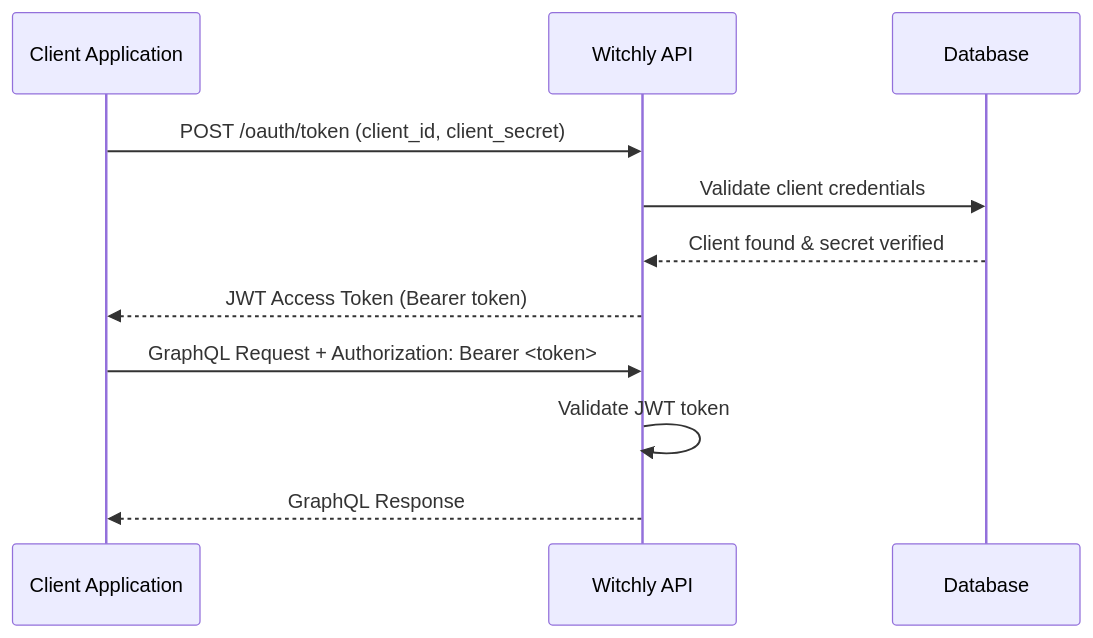
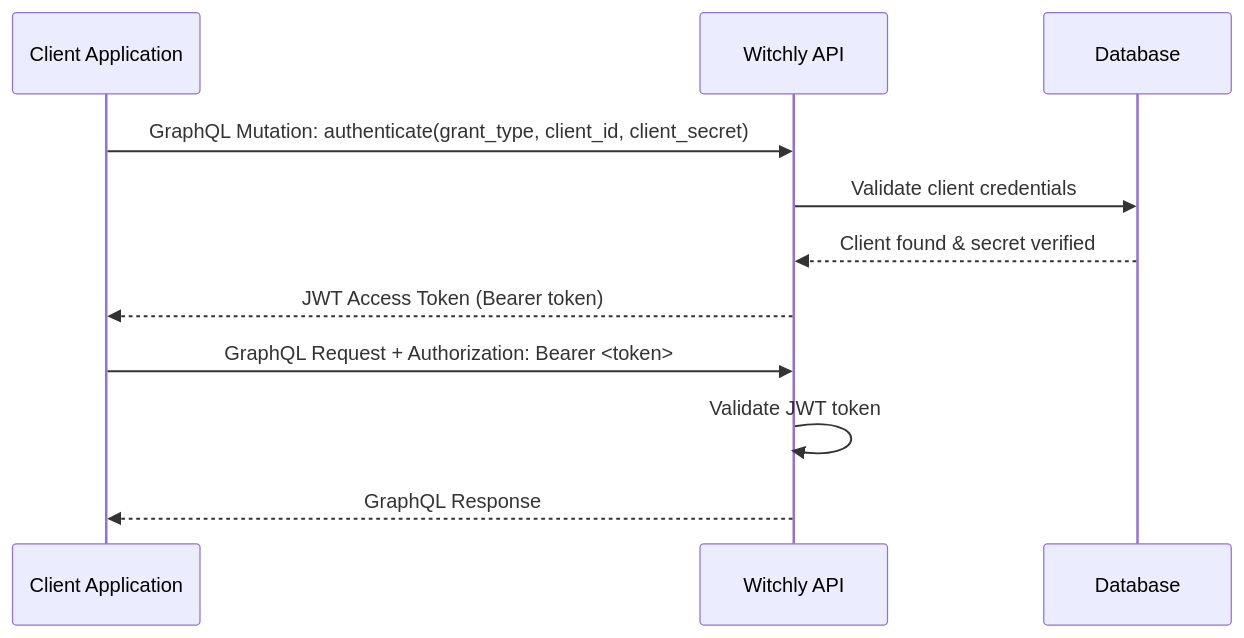
The diagram in README.md (rardoz/witchly-app-api), drawn with Mermaid before and after one commit. The commit also changed other lines of this file and 22 other files, not shown here.

Commit message:
move jwt to graphql, refactor code, cleanup code

````diff
--- a/README.md
+++ b/README.md
@@ -319,14 +379,14 @@
 ```mermaid
 sequenceDiagram
     participant App as Client Application
     participant API as Witchly API
     participant DB as Database
 
-    App->>API: POST /oauth/token (client_id, client_secret)
+    App->>API: GraphQL Mutation: authenticate(grant_type, client_id, client_secret)
     API->>DB: Validate client credentials
     DB-->>API: Client found & secret verified
     API-->>App: JWT Access Token (Bearer token)
     App->>API: GraphQL Request + Authorization: Bearer <token>
     API->>API: Validate JWT token
     API-->>App: GraphQL Response
 ```
````
